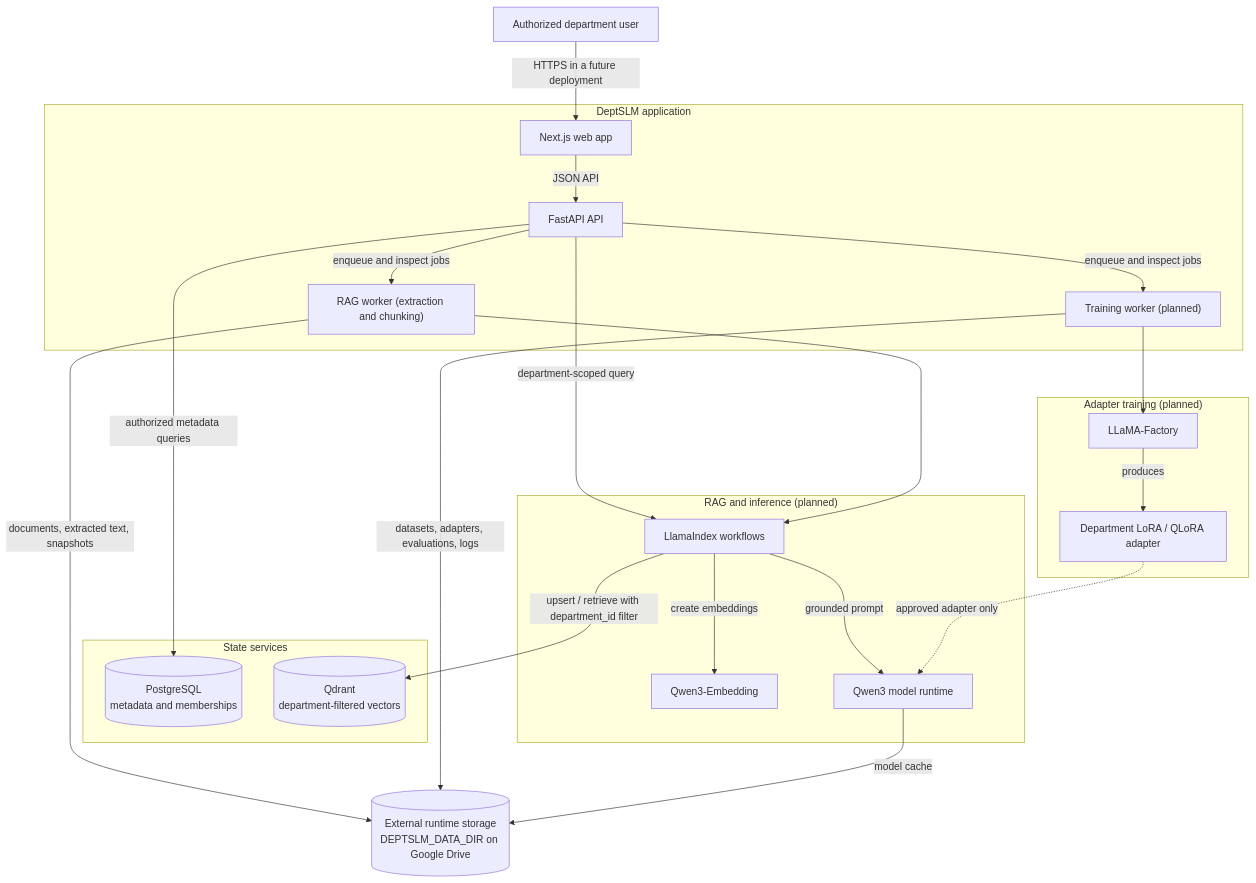
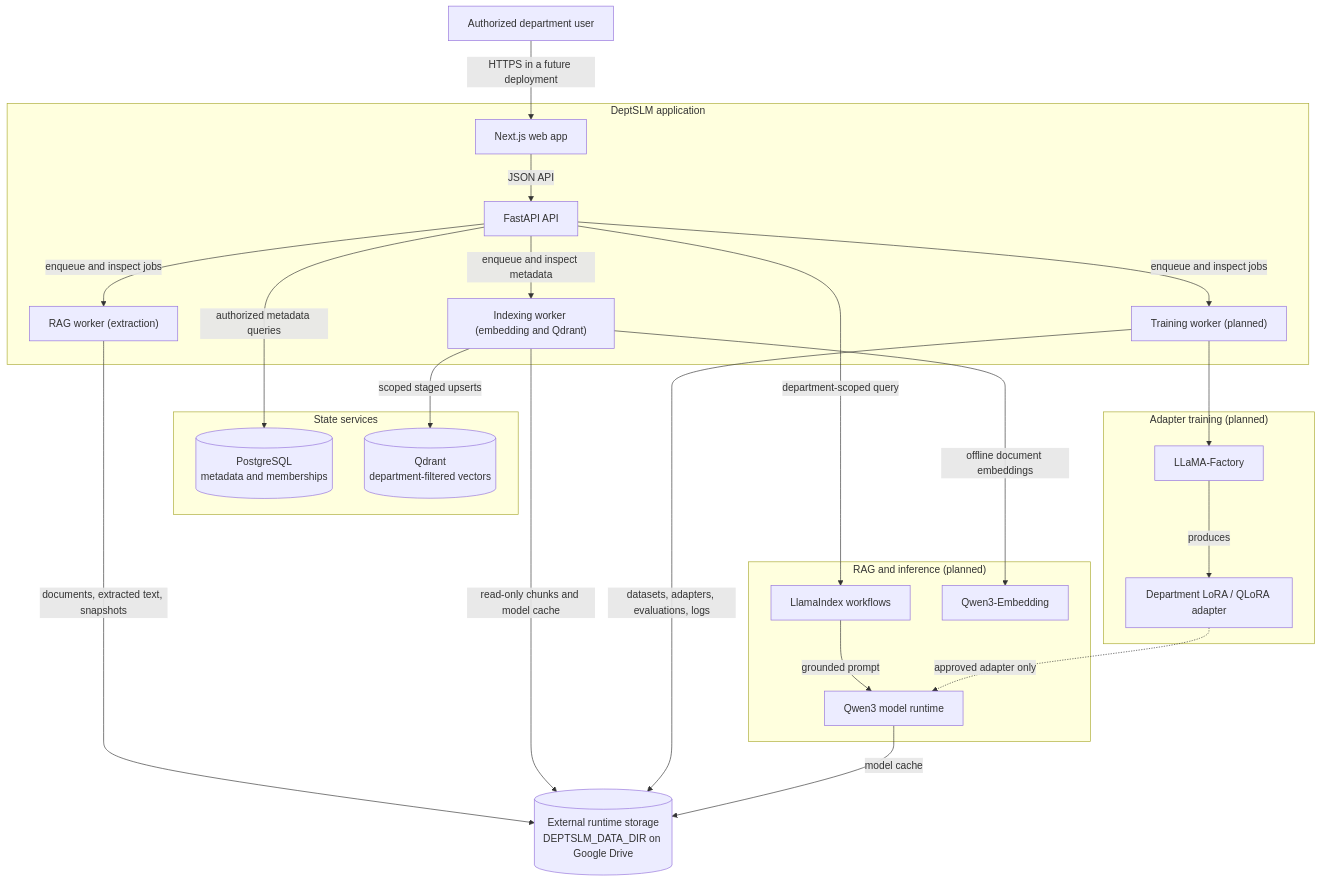
Before and after one commit to Easonsusu/DeptSLM: the diagram in docs/architecture.md, drawn with Mermaid. The commit also changed other lines of this file and 51 other files, not shown here.

First line of the commit message:
Phase 6: Add department-scoped Qdrant indexing (#6)

````diff
--- a/docs/architecture.md
+++ b/docs/architecture.md
@@ -11,46 +11,48 @@
 ```mermaid
 flowchart TB
     User["Authorized department user"]
 
     subgraph App["DeptSLM application"]
         Web["Next.js web app"]
         API["FastAPI API"]
-        RAG["RAG worker (extraction and chunking)"]
+        RAG["RAG worker (extraction)"]
+        Index["Indexing worker (embedding and Qdrant)"]
         Train["Training worker (planned)"]
     end
 
     subgraph Data["State services"]
         PG[("PostgreSQL\nmetadata and memberships")]
         QD[("Qdrant\ndepartment-filtered vectors")]
     end
 
     subgraph RAGStack["RAG and inference (planned)"]
         LI["LlamaIndex workflows"]
         Embed["Qwen3-Embedding"]
         Runtime["Qwen3 model runtime"]
     end
 
     subgraph TrainingStack["Adapter training (planned)"]
         Factory["LLaMA-Factory"]
         Adapter["Department LoRA / QLoRA adapter"]
     end
 
     Drive[("External runtime storage\nDEPTSLM_DATA_DIR on Google Drive")]
 
     User -->|"HTTPS in a future deployment"| Web
     Web -->|"JSON API"| API
     API -->|"authorized metadata queries"| PG
     API -->|"enqueue and inspect jobs"| RAG
+    API -->|"enqueue and inspect metadata"| Index
     API -->|"enqueue and inspect jobs"| Train
     API -->|"department-scoped query"| LI
-    RAG --> LI
-    LI -->|"create embeddings"| Embed
-    LI -->|"upsert / retrieve with department_id filter"| QD
+    Index -->|"offline document embeddings"| Embed
+    Index -->|"scoped staged upserts"| QD
     LI -->|"grounded prompt"| Runtime
     Train --> Factory
     Factory -->|"produces"| Adapter
     Adapter -.->|"approved adapter only"| Runtime
     RAG -->|"documents, extracted text, snapshots"| Drive
+    Index -->|"read-only chunks and model cache"| Drive
     Train -->|"datasets, adapters, evaluations, logs"| Drive
     Runtime -->|"model cache"| Drive
 ```
````
